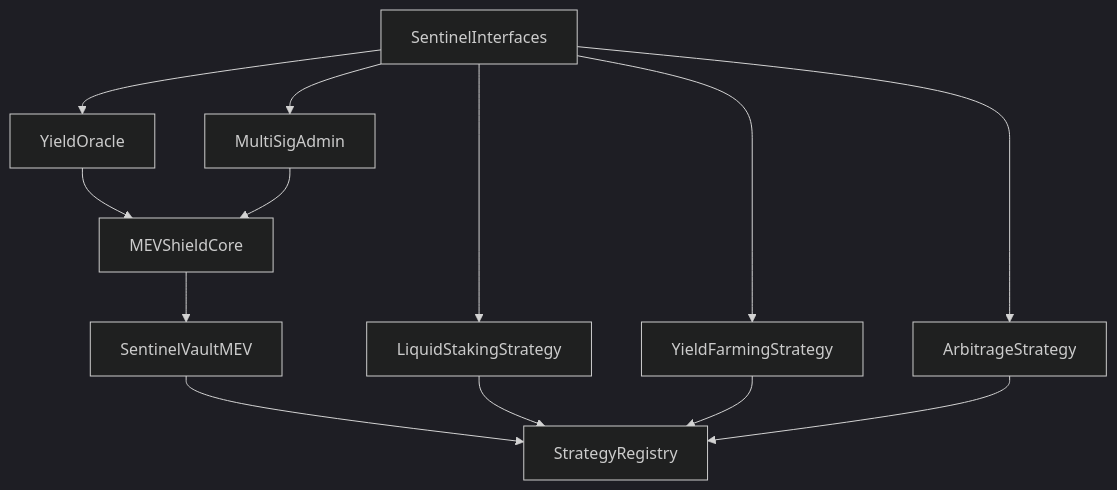
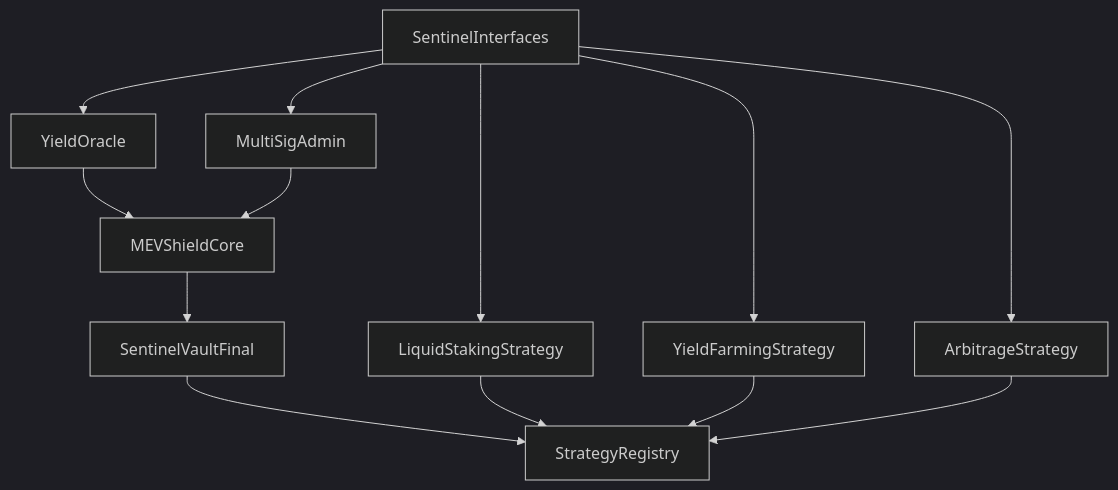
The fourth of 4 diagrams in README.md (Aaditya1273/Flow-Sentinel), drawn with Mermaid (dark theme) before and after one commit. The commit also changed other lines of this file and 6 other files, not shown here.

````diff
--- a/README.md
+++ b/README.md
@@ -586,15 +583,15 @@
 ```mermaid
 graph TD
     A[SentinelInterfaces] --> B[YieldOracle]
     A --> C[MultiSigAdmin]
     B --> D[MEVShieldCore]
     C --> D
-    D --> E[SentinelVaultMEV]
+    D --> E[SentinelVaultFinal]
     A --> F[LiquidStakingStrategy]
     A --> G[YieldFarmingStrategy]
     A --> H[ArbitrageStrategy]
     E --> I[StrategyRegistry]
     F --> I
     G --> I
     H --> I
 ```
````
